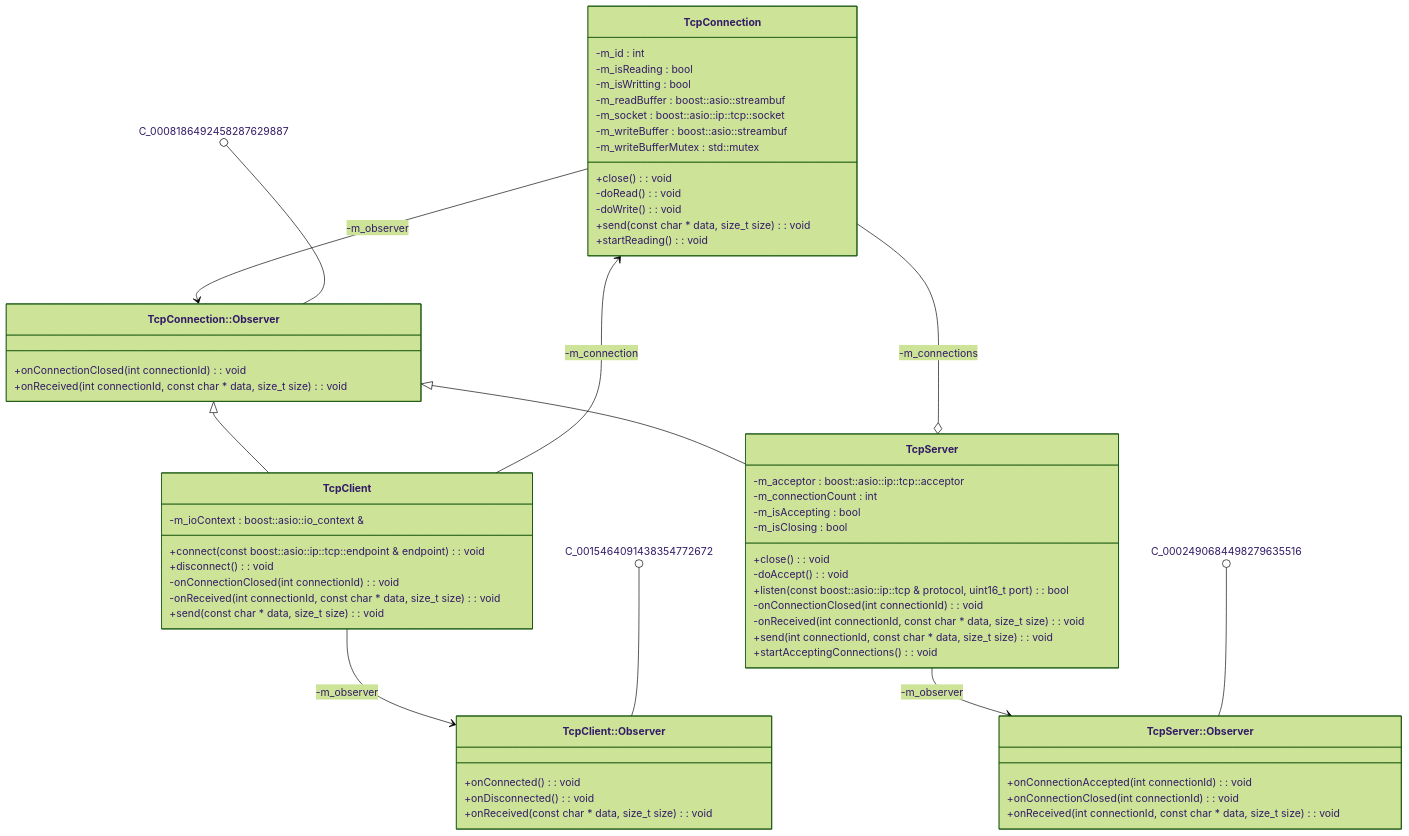
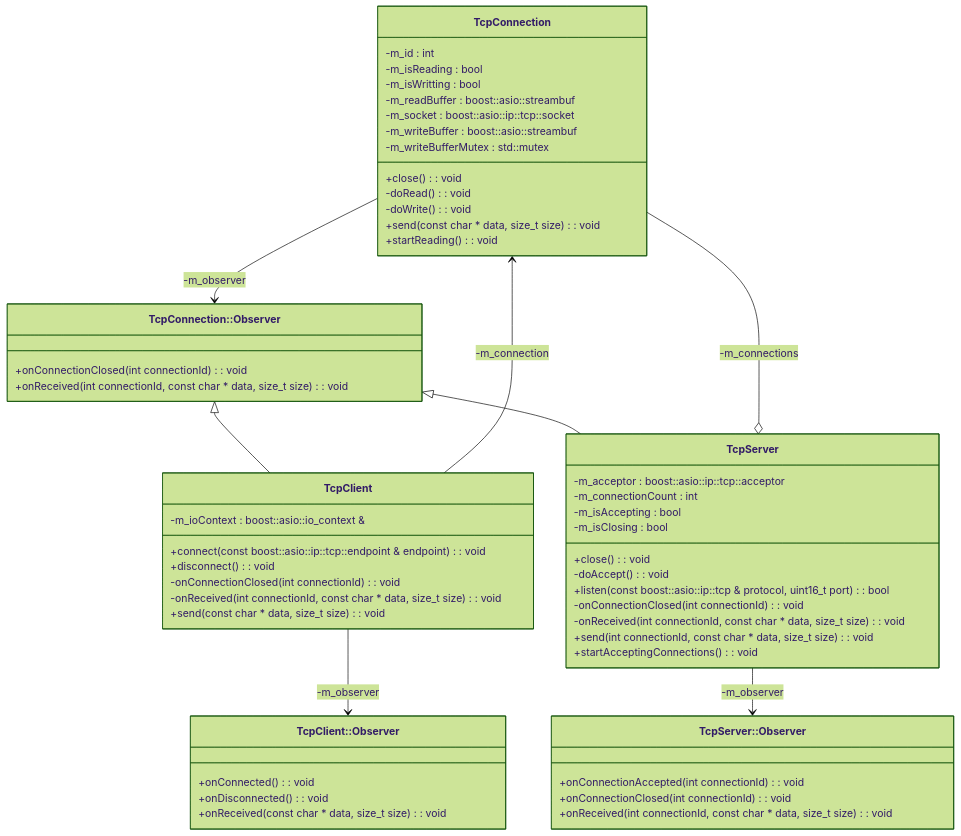
The diagram in README.md (alejandrofsevilla/boost-tcp-server-client), drawn with Mermaid (forest theme) before and after one commit.

````diff
--- a/README.md
+++ b/README.md
@@ -75,71 +75,68 @@
 ```mermaid
 classDiagram
     class C_0008186492458287629887["TcpConnection"]
     class C_0008186492458287629887 {
         +close() : void
         -doRead() : void
         -doWrite() : void
         +send(const char * data, size_t size) : void
         +startReading() : void
         -m_id : int
         -m_isReading : bool
         -m_isWritting : bool
         -m_readBuffer : boost::asio::streambuf
         -m_socket : boost::asio::ip::tcp::socket
         -m_writeBuffer : boost::asio::streambuf
         -m_writeBufferMutex : std::mutex
     }
     class C_0009297713916002777393["TcpConnection::Observer"]
     class C_0009297713916002777393 {
         +onConnectionClosed(int connectionId) : void
         +onReceived(int connectionId, const char * data, size_t size) : void
     }
     class C_0015464091438354772672["TcpClient"]
     class C_0015464091438354772672 {
         +connect(const boost::asio::ip::tcp::endpoint & endpoint) : void
         +disconnect() : void
         -onConnectionClosed(int connectionId) : void
         -onReceived(int connectionId, const char * data, size_t size) : void
         +send(const char * data, size_t size) : void
         -m_ioContext : boost::asio::io_context &
     }
     class C_0013920056604237995185["TcpClient::Observer"]
     class C_0013920056604237995185 {
         +onConnected() : void
         +onDisconnected() : void
         +onReceived(const char * data, size_t size) : void
     }
     class C_0002490684498279635516["TcpServer"]
     class C_0002490684498279635516 {
         +close() : void
         -doAccept() : void
         +listen(const boost::asio::ip::tcp & protocol, uint16_t port) : bool
         -onConnectionClosed(int connectionId) : void
         -onReceived(int connectionId, const char * data, size_t size) : void
         +send(int connectionId, const char * data, size_t size) : void
         +startAcceptingConnections() : void
         -m_acceptor : boost::asio::ip::tcp::acceptor
         -m_connectionCount : int
         -m_isAccepting : bool
         -m_isClosing : bool
     }
     class C_0004458731545202809661["TcpServer::Observer"]
     class C_0004458731545202809661 {
         +onConnectionAccepted(int connectionId) : void
         +onConnectionClosed(int connectionId) : void
         +onReceived(int connectionId, const char * data, size_t size) : void
     }
     C_0008186492458287629887 --> C_0009297713916002777393 : -m_observer
-    C_0008186492458287629887 ()-- C_0009297713916002777393 : 
     C_0015464091438354772672 --> C_0008186492458287629887 : -m_connection
     C_0015464091438354772672 --> C_0013920056604237995185 : -m_observer
-    C_0015464091438354772672 ()-- C_0013920056604237995185 : 
     C_0002490684498279635516 o-- C_0008186492458287629887 : -m_connections
     C_0002490684498279635516 --> C_0004458731545202809661 : -m_observer
-    C_0002490684498279635516 ()-- C_0004458731545202809661 : 
     C_0009297713916002777393 <|-- C_0015464091438354772672 : 
     C_0009297713916002777393 <|-- C_0002490684498279635516 : 
 
 %% Generated with clang-uml, version 0.6.0
 %% LLVM version Ubuntu clang version 15.0.
 ```
````
